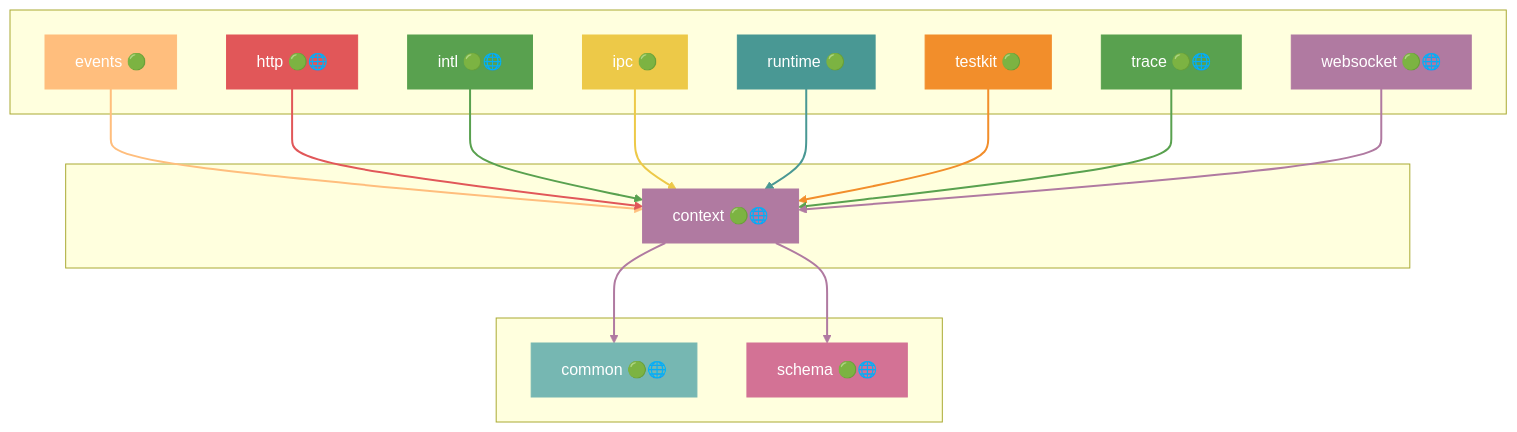
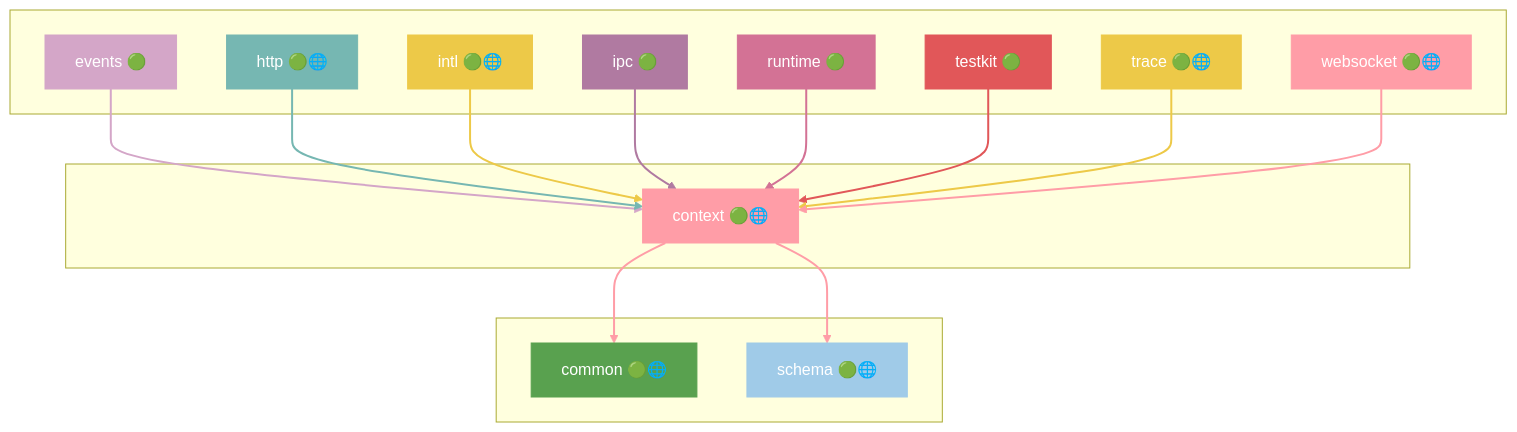
One commit to grest-ts/grest-ts changed the ninth of 45 diagrams in docs/DEPENDENCIES.md. Above: the diagram before and after it, drawn with Mermaid. The commit also changed other lines of this file and 6 other files, not shown here.

````diff
--- a/docs/DEPENDENCIES.md
+++ b/docs/DEPENDENCIES.md
@@ -623,51 +641,51 @@
 ```mermaid
 flowchart TB
     subgraph Dependents[" "]
         events["events 🟢"]
         http["http 🟢🌐"]
         intl["intl 🟢🌐"]
         ipc["ipc 🟢"]
         runtime["runtime 🟢"]
         testkit["testkit 🟢"]
         trace["trace 🟢🌐"]
         websocket["websocket 🟢🌐"]
     end
     subgraph Package[" "]
         context["context 🟢🌐"]
     end
     subgraph Dependencies[" "]
         common["common 🟢🌐"]
         schema["schema 🟢🌐"]
     end
     events --> context
     http --> context
     intl --> context
     ipc --> context
     runtime --> context
     testkit --> context
     trace --> context
     websocket --> context
     context --> common
     context --> schema
-    style context fill:#B07AA1,stroke:#B07AA1,color:#fff
-    style events fill:#FFBE7D,stroke:#FFBE7D,color:#fff
-    style http fill:#E15759,stroke:#E15759,color:#fff
-    style intl fill:#59A14F,stroke:#59A14F,color:#fff
-    style ipc fill:#EDC948,stroke:#EDC948,color:#fff
-    style runtime fill:#499894,stroke:#499894,color:#fff
-    style testkit fill:#F28E2B,stroke:#F28E2B,color:#fff
-    style trace fill:#59A14F,stroke:#59A14F,color:#fff
-    style websocket fill:#B07AA1,stroke:#B07AA1,color:#fff
-    style common fill:#76B7B2,stroke:#76B7B2,color:#fff
-    style schema fill:#D37295,stroke:#D37295,color:#fff
-    linkStyle 0 stroke:#FFBE7D,stroke-width:2px
-    linkStyle 1 stroke:#E15759,stroke-width:2px
-    linkStyle 2 stroke:#59A14F,stroke-width:2px
-    linkStyle 3 stroke:#EDC948,stroke-width:2px
-    linkStyle 4 stroke:#499894,stroke-width:2px
-    linkStyle 5 stroke:#F28E2B,stroke-width:2px
-    linkStyle 6 stroke:#59A14F,stroke-width:2px
-    linkStyle 7 stroke:#B07AA1,stroke-width:2px
-    linkStyle 8 stroke:#B07AA1,stroke-width:2px
-    linkStyle 9 stroke:#B07AA1,stroke-width:2px
+    style context fill:#FF9DA7,stroke:#FF9DA7,color:#fff
+    style events fill:#D4A6C8,stroke:#D4A6C8,color:#fff
+    style http fill:#76B7B2,stroke:#76B7B2,color:#fff
+    style intl fill:#EDC948,stroke:#EDC948,color:#fff
+    style ipc fill:#B07AA1,stroke:#B07AA1,color:#fff
+    style runtime fill:#D37295,stroke:#D37295,color:#fff
+    style testkit fill:#E15759,stroke:#E15759,color:#fff
+    style trace fill:#EDC948,stroke:#EDC948,color:#fff
+    style websocket fill:#FF9DA7,stroke:#FF9DA7,color:#fff
+    style common fill:#59A14F,stroke:#59A14F,color:#fff
+    style schema fill:#A0CBE8,stroke:#A0CBE8,color:#fff
+    linkStyle 0 stroke:#D4A6C8,stroke-width:2px
+    linkStyle 1 stroke:#76B7B2,stroke-width:2px
+    linkStyle 2 stroke:#EDC948,stroke-width:2px
+    linkStyle 3 stroke:#B07AA1,stroke-width:2px
+    linkStyle 4 stroke:#D37295,stroke-width:2px
+    linkStyle 5 stroke:#E15759,stroke-width:2px
+    linkStyle 6 stroke:#EDC948,stroke-width:2px
+    linkStyle 7 stroke:#FF9DA7,stroke-width:2px
+    linkStyle 8 stroke:#FF9DA7,stroke-width:2px
+    linkStyle 9 stroke:#FF9DA7,stroke-width:2px
 ```
````
